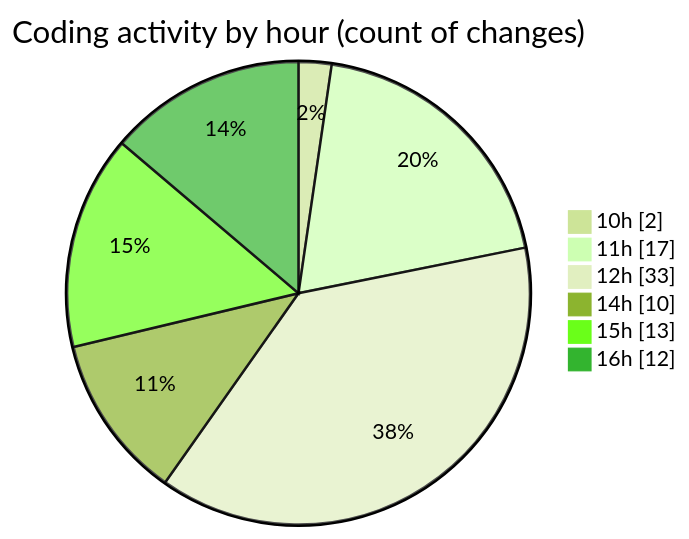
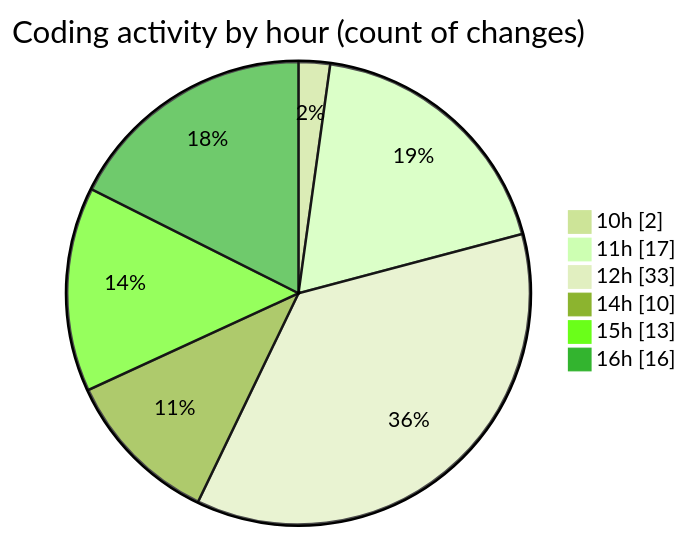
Before and after one commit to nxtqubesakshisongat/code-tracking: the second of 2 diagrams in 2025-05-14/argos-dev/README.md, drawn with Mermaid (forest theme). The commit also changed other lines of this file and 1 other file, not shown here.

````diff
--- a/2025-05-14/argos-dev/README.md
+++ b/2025-05-14/argos-dev/README.md
@@ -34,10 +35,10 @@
 ```mermaid
 pie showData
 title Coding activity by hour (count of changes)
 "10h" : 2
 "11h" : 17
 "12h" : 33
 "14h" : 10
 "15h" : 13
-"16h" : 12
+"16h" : 16
 ```
````
